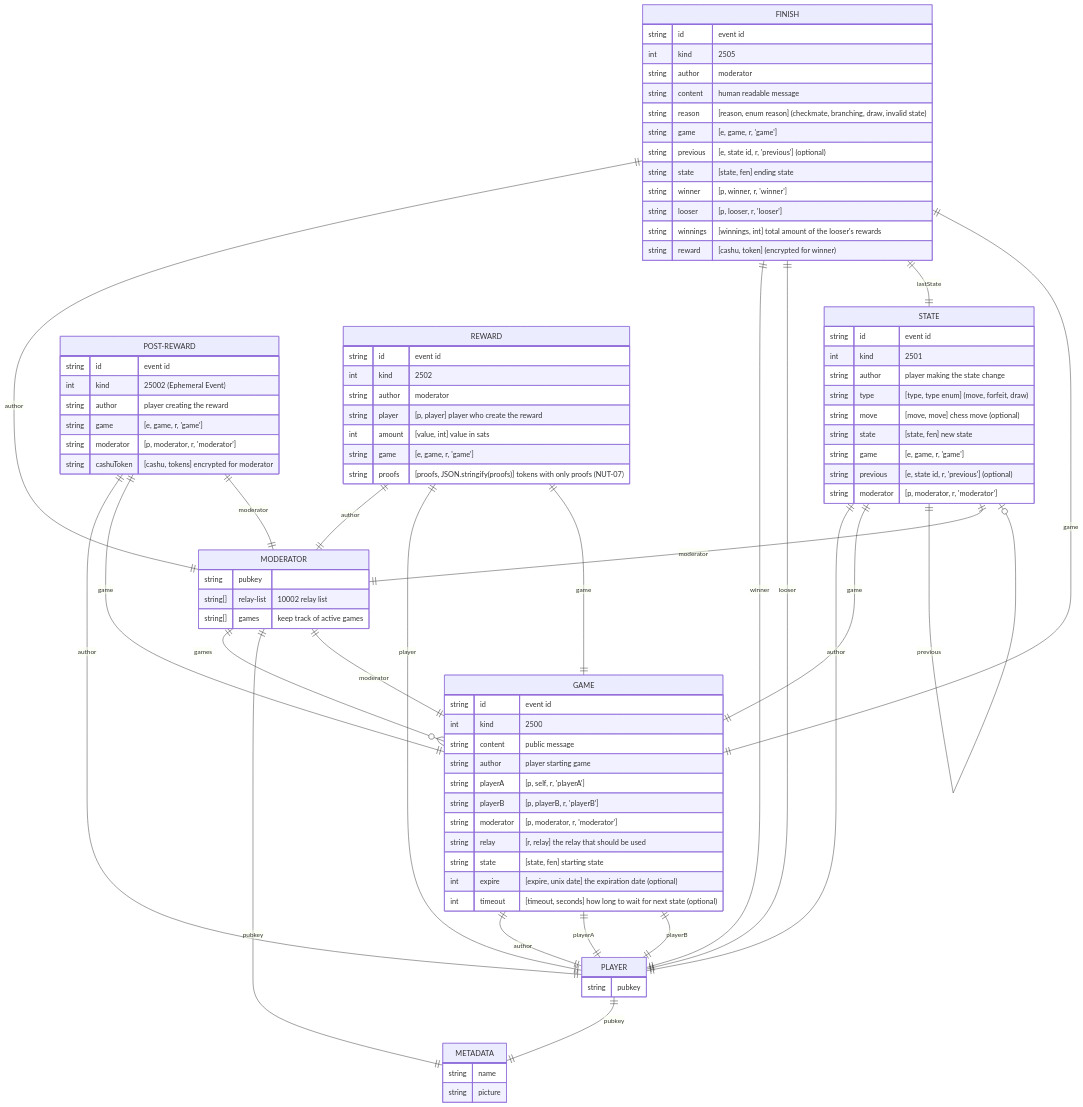
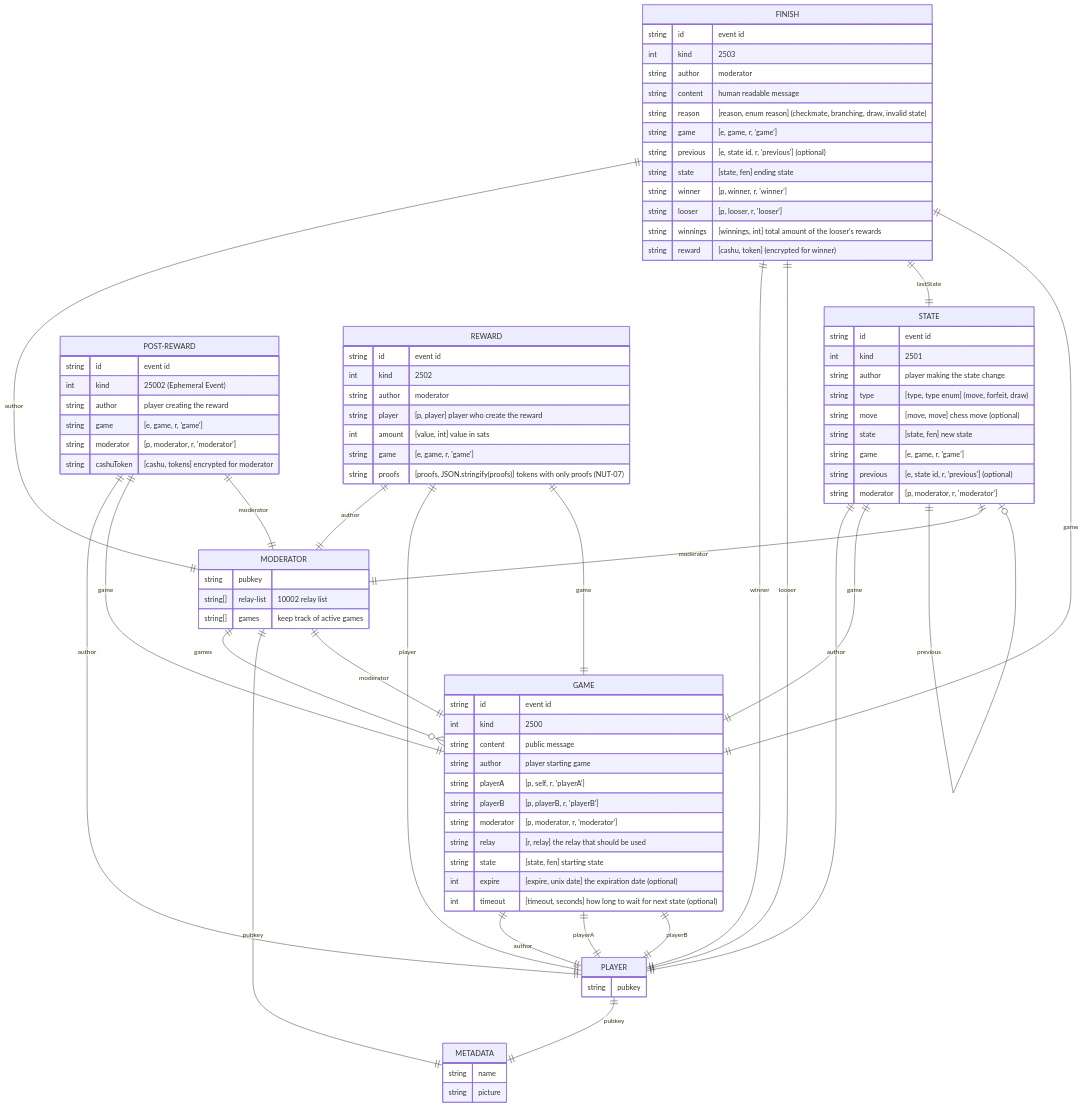
Before and after one commit to hzrd149/chessnut: the first of 2 diagrams in README.md, drawn with Mermaid. The commit also changed 27 other files, not shown here.

```diff
--- a/README.md
+++ b/README.md
@@ -84,7 +84,7 @@
 
     FINISH {
         string id "event id"
-        int kind "2505"
+        int kind "2503"
         string author "moderator"
         string content "human readable message"
         string reason "[reason, enum reason] (checkmate, branching, draw, invalid state)"
```
